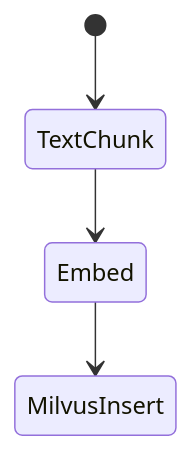
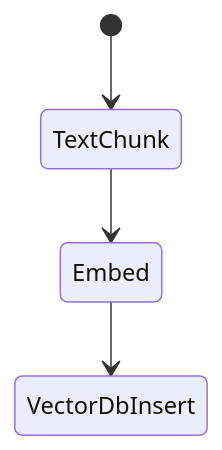
Before and after one commit to ksinha49/ai-workloads: the first of 3 diagrams in docs/rag_ingestion_workflow.md, drawn with Mermaid. The commit also changed other lines of this file, not shown here.

Commit message:
Update ingestion workflow doc for generic vector DB

````diff
--- a/docs/rag_ingestion_workflow.md
+++ b/docs/rag_ingestion_workflow.md
@@ -11,6 +11,6 @@
 ```mermaid
 stateDiagram-v2
     [*] --> TextChunk
     TextChunk --> Embed
-    Embed --> MilvusInsert
+    Embed --> VectorDbInsert
 ```
````
